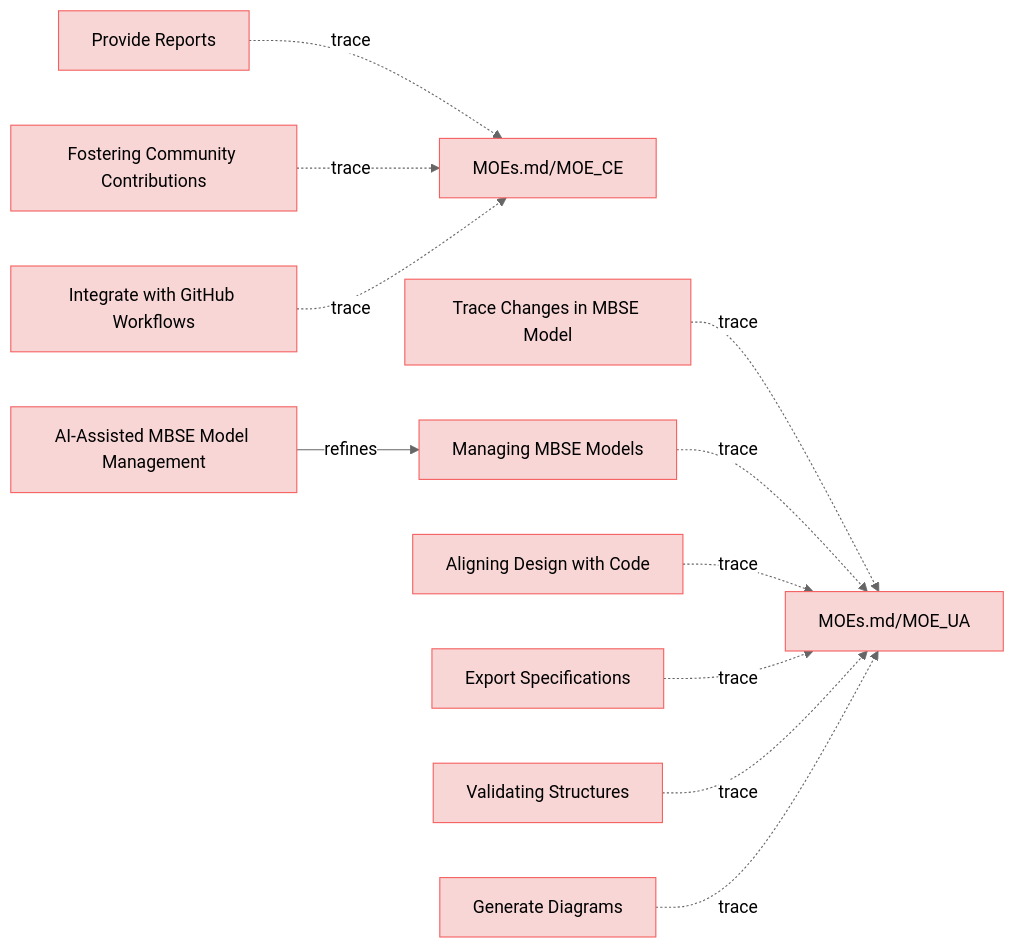
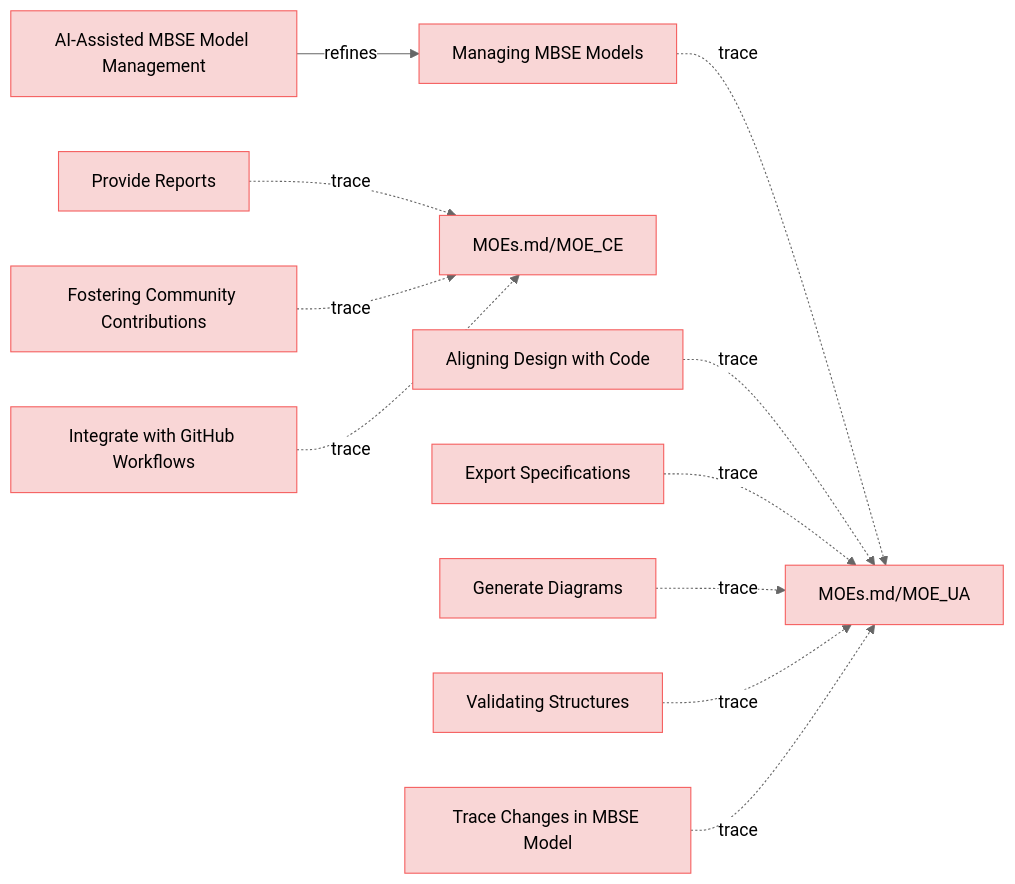
Before and after one commit to reqvire-org/reqvire: the diagram in specifications/UserStories.md, drawn with Mermaid (neutral theme). The commit also changed other lines of this file and 18 other files, not shown here.

````diff
--- a/specifications/UserStories.md
+++ b/specifications/UserStories.md
@@ -12,55 +12,55 @@
 ```mermaid
 graph LR;
   %% Graph styling
   classDef requirement fill:#f9d6d6,stroke:#f55f5f,stroke-width:1px;
   classDef verification fill:#d6f9d6,stroke:#5fd75f,stroke-width:1px;
   classDef externalLink fill:#d0e0ff,stroke:#3080ff,stroke-width:1px;
   classDef default fill:#f5f5f5,stroke:#333333,stroke-width:1px;
 
+  e61b7c1baa89bfc6["Managing MBSE Models"];
+  class e61b7c1baa89bfc6 requirement;
+  click e61b7c1baa89bfc6 "UserStories.md#managing-mbse-models";
+  2c5f30f14e792200["MOEs.md/MOE_UA"];
+  class 2c5f30f14e792200 requirement;
+  click 2c5f30f14e792200 "MOEs.md#moe_ua";
+  e61b7c1baa89bfc6 -.->|trace| 2c5f30f14e792200;
   91a0adb0b4d959c4["Provide Reports"];
   class 91a0adb0b4d959c4 requirement;
   click 91a0adb0b4d959c4 "UserStories.md#provide-reports";
   e9ad540a6411a0fc["MOEs.md/MOE_CE"];
   class e9ad540a6411a0fc requirement;
   click e9ad540a6411a0fc "MOEs.md#moe_ce";
   91a0adb0b4d959c4 -.->|trace| e9ad540a6411a0fc;
-  5ef9c8ae19a9f55a["Trace Changes in MBSE Model"];
-  class 5ef9c8ae19a9f55a requirement;
-  click 5ef9c8ae19a9f55a "UserStories.md#trace-changes-in-mbse-model";
-  2c5f30f14e792200["MOEs.md/MOE_UA"];
-  class 2c5f30f14e792200 requirement;
-  click 2c5f30f14e792200 "MOEs.md#moe_ua";
-  5ef9c8ae19a9f55a -.->|trace| 2c5f30f14e792200;
-  e61b7c1baa89bfc6["Managing MBSE Models"];
-  class e61b7c1baa89bfc6 requirement;
-  click e61b7c1baa89bfc6 "UserStories.md#managing-mbse-models";
-  e61b7c1baa89bfc6 -.->|trace| 2c5f30f14e792200;
-  cd2d5dab49985ca2["AI-Assisted MBSE Model Management"];
-  class cd2d5dab49985ca2 requirement;
-  click cd2d5dab49985ca2 "UserStories.md#ai-assisted-mbse-model-management";
-  cd2d5dab49985ca2 -->|refines| e61b7c1baa89bfc6;
-  1c32d488dd358c54["Fostering Community Contributions"];
-  class 1c32d488dd358c54 requirement;
-  click 1c32d488dd358c54 "UserStories.md#fostering-community-contributions";
-  1c32d488dd358c54 -.->|trace| e9ad540a6411a0fc;
   855a1b3061c7bcdd["Aligning Design with Code"];
   class 855a1b3061c7bcdd requirement;
   click 855a1b3061c7bcdd "UserStories.md#aligning-design-with-code";
   855a1b3061c7bcdd -.->|trace| 2c5f30f14e792200;
   b3b899678f557ee9["Export Specifications"];
   class b3b899678f557ee9 requirement;
   click b3b899678f557ee9 "UserStories.md#export-specifications";
   b3b899678f557ee9 -.->|trace| 2c5f30f14e792200;
+  1c32d488dd358c54["Fostering Community Contributions"];
+  class 1c32d488dd358c54 requirement;
+  click 1c32d488dd358c54 "UserStories.md#fostering-community-contributions";
+  1c32d488dd358c54 -.->|trace| e9ad540a6411a0fc;
+  cd2d5dab49985ca2["AI-Assisted MBSE Model Management"];
+  class cd2d5dab49985ca2 requirement;
+  click cd2d5dab49985ca2 "UserStories.md#ai-assisted-mbse-model-management";
+  cd2d5dab49985ca2 -->|refines| e61b7c1baa89bfc6;
+  98eaeddc27f99e11["Integrate with GitHub Workflows"];
+  class 98eaeddc27f99e11 requirement;
+  click 98eaeddc27f99e11 "UserStories.md#integrate-with-github-workflows";
+  98eaeddc27f99e11 -.->|trace| e9ad540a6411a0fc;
+  37a5b8e199a838f["Generate Diagrams"];
+  class 37a5b8e199a838f requirement;
+  click 37a5b8e199a838f "UserStories.md#generate-diagrams";
+  37a5b8e199a838f -.->|trace| 2c5f30f14e792200;
   113748a94885138d["Validating Structures"];
   class 113748a94885138d requirement;
   click 113748a94885138d "UserStories.md#validating-structures";
   113748a94885138d -.->|trace| 2c5f30f14e792200;
-  37a5b8e199a838f["Generate Diagrams"];
-  class 37a5b8e199a838f requirement;
-  click 37a5b8e199a838f "UserStories.md#generate-diagrams";
-  37a5b8e199a838f -.->|trace| 2c5f30f14e792200;
-  98eaeddc27f99e11["Integrate with GitHub Workflows"];
-  class 98eaeddc27f99e11 requirement;
-  click 98eaeddc27f99e11 "UserStories.md#integrate-with-github-workflows";
-  98eaeddc27f99e11 -.->|trace| e9ad540a6411a0fc;
+  5ef9c8ae19a9f55a["Trace Changes in MBSE Model"];
+  class 5ef9c8ae19a9f55a requirement;
+  click 5ef9c8ae19a9f55a "UserStories.md#trace-changes-in-mbse-model";
+  5ef9c8ae19a9f55a -.->|trace| 2c5f30f14e792200;
 ```
````
